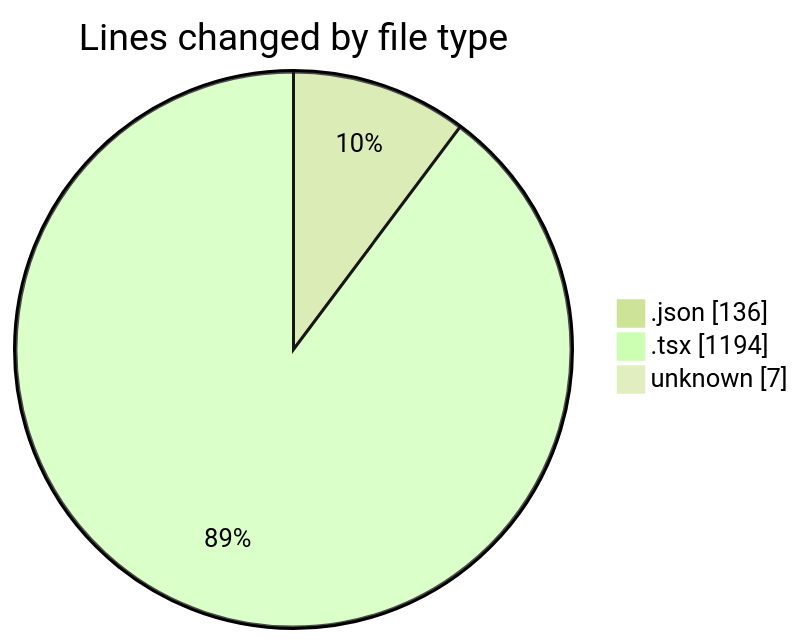
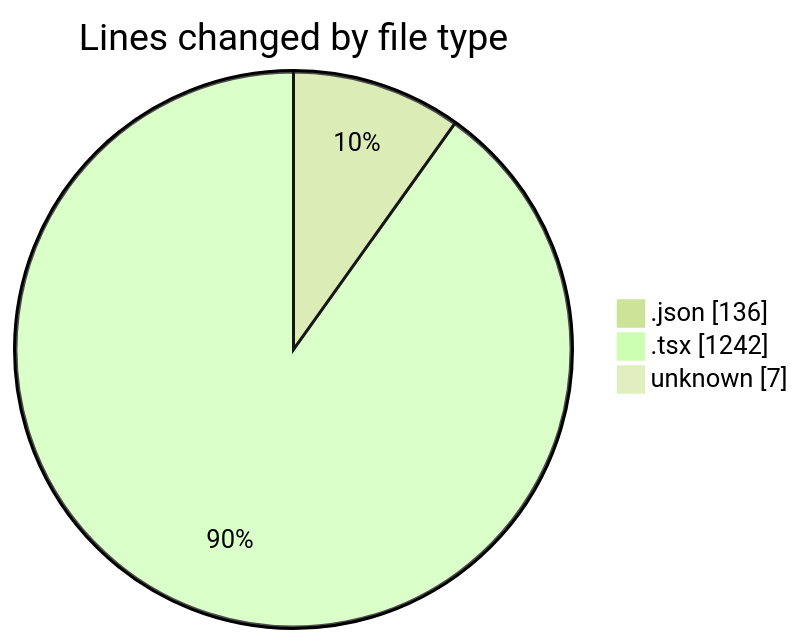
One commit to 3Nya3/code-tracking changed the first of 2 diagrams in 2024-12-31/nyah/README.md. Above: the diagram before and after it, drawn with Mermaid (forest theme). The commit also changed other lines of this file and 1 other file, not shown here.

````diff
--- a/2024-12-31/nyah/README.md
+++ b/2024-12-31/nyah/README.md
@@ -23,7 +23,7 @@
 ```mermaid
 pie showData
 title Lines changed by file type
 ".json" : 136
-".tsx" : 1194
+".tsx" : 1242
 "unknown" : 7
 ```
````
